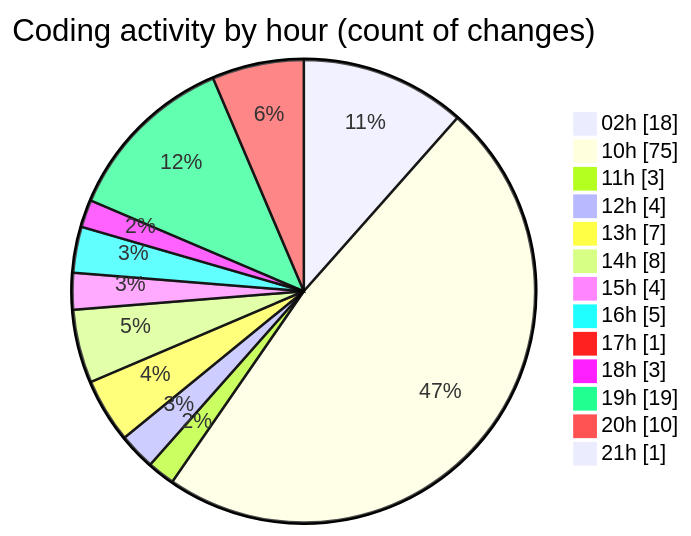
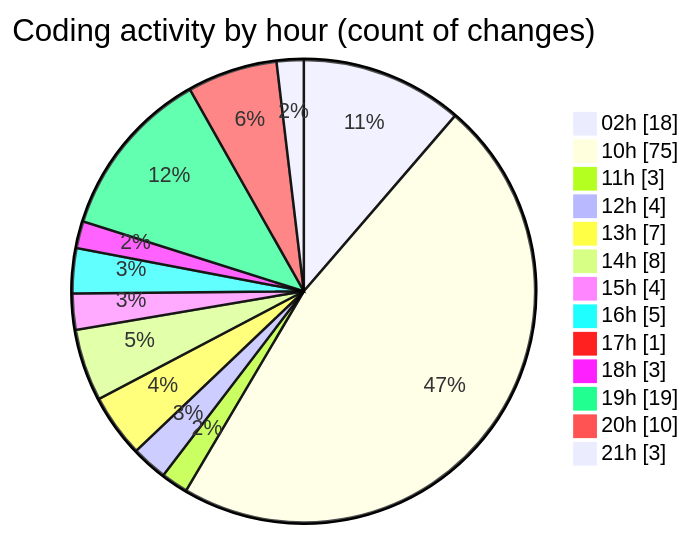
The second of 2 diagrams in 2026-07-08/twenty_versions_aminor/README.md (shibass792/code-tracking), drawn with Mermaid before and after one commit. The commit also changed other lines of this file and 1 other file, not shown here.

````diff
--- a/2026-07-08/twenty_versions_aminor/README.md
+++ b/2026-07-08/twenty_versions_aminor/README.md
@@ -55,17 +57,17 @@
 ```mermaid
 pie showData
 title Coding activity by hour (count of changes)
 "02h" : 18
 "10h" : 75
 "11h" : 3
 "12h" : 4
 "13h" : 7
 "14h" : 8
 "15h" : 4
 "16h" : 5
 "17h" : 1
 "18h" : 3
 "19h" : 19
 "20h" : 10
-"21h" : 1
+"21h" : 3
 ```
````
